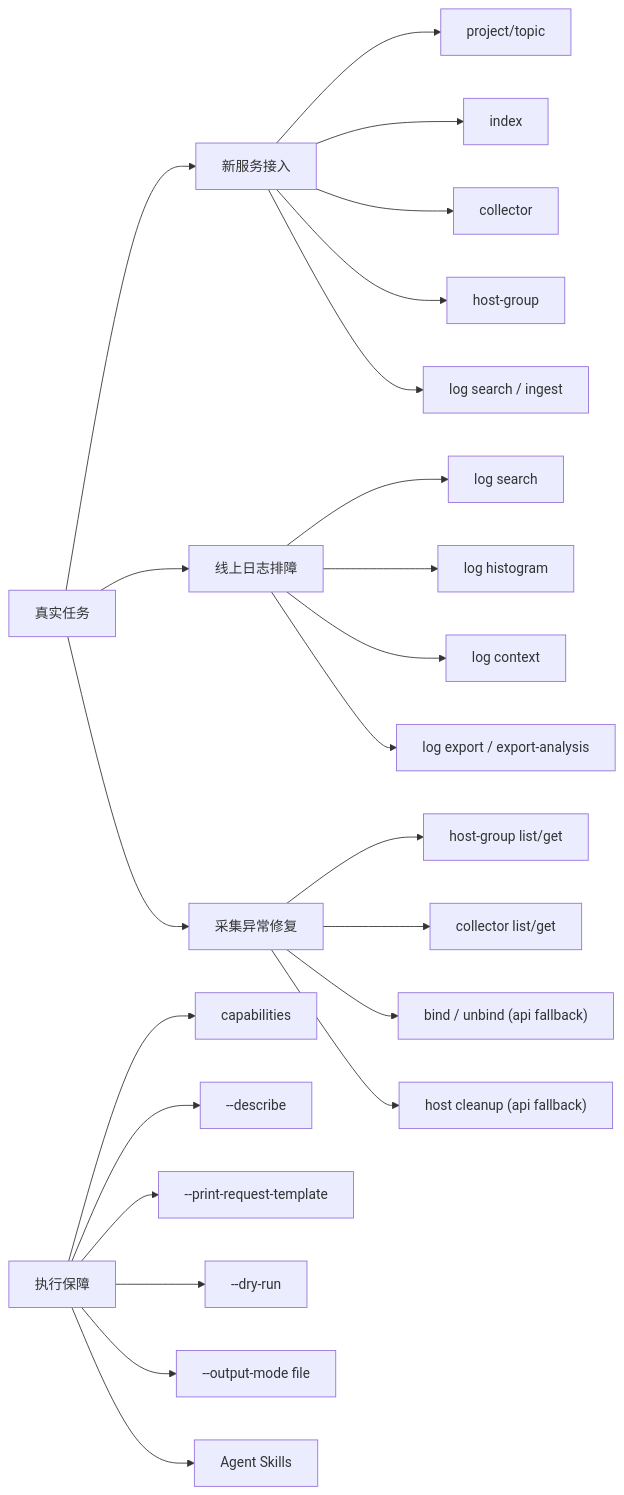
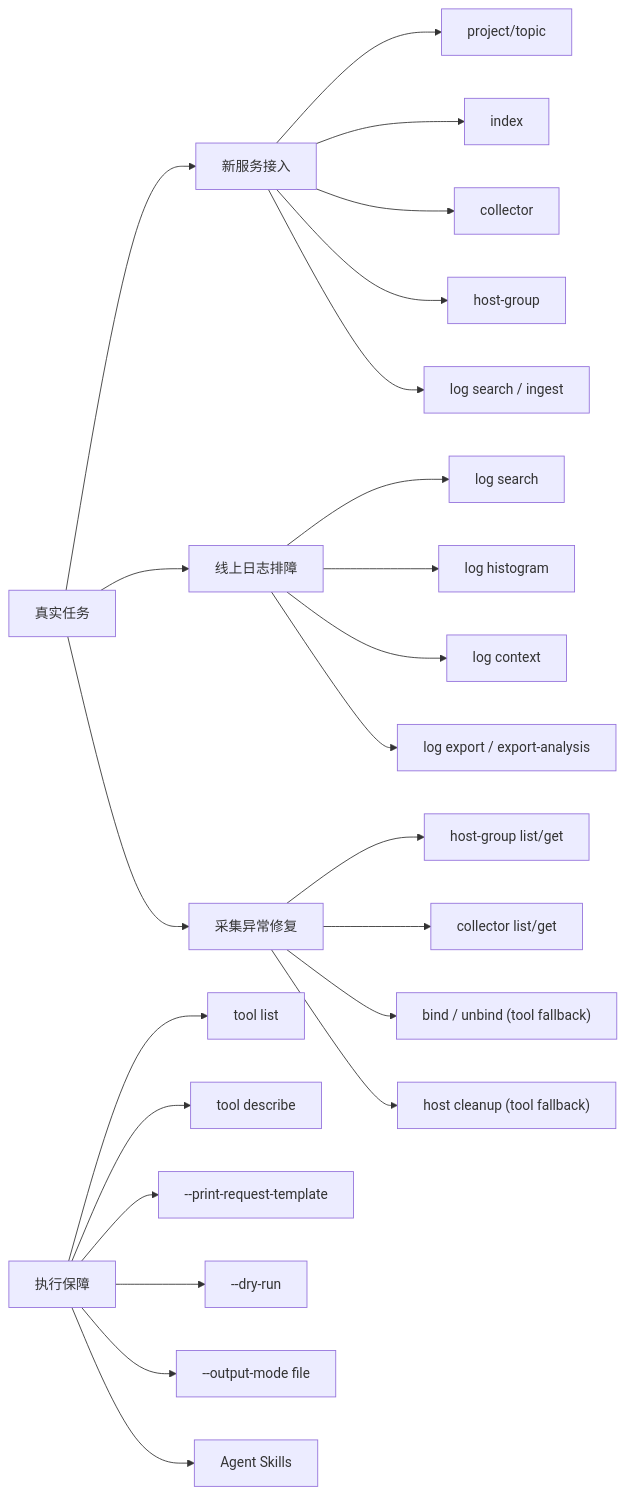
The diagram in docs/cli-practical-guide.md (volcengine-tls/ve-tls-cli), drawn with Mermaid before and after one commit. The commit also changed other lines of this file and 150 other files, not shown here.

````diff
--- a/docs/cli-practical-guide.md
+++ b/docs/cli-practical-guide.md
@@ -41,29 +41,29 @@
 ```mermaid
 flowchart LR
     A["真实任务"] --> B["新服务接入"]
     A --> C["线上日志排障"]
     A --> D["采集异常修复"]
 
     B --> B1["project/topic"]
     B --> B2["index"]
     B --> B3["collector"]
     B --> B4["host-group"]
     B --> B5["log search / ingest"]
 
     C --> C1["log search"]
     C --> C2["log histogram"]
     C --> C3["log context"]
     C --> C4["log export / export-analysis"]
 
     D --> D1["host-group list/get"]
     D --> D2["collector list/get"]
-    D --> D3["bind / unbind (api fallback)"]
-    D --> D4["host cleanup (api fallback)"]
+    D --> D3["bind / unbind (tool fallback)"]
+    D --> D4["host cleanup (tool fallback)"]
 
-    E["执行保障"] --> E1["capabilities"]
-    E --> E2["--describe"]
+    E["执行保障"] --> E1["tool list"]
+    E --> E2["tool describe"]
     E --> E3["--print-request-template"]
     E --> E4["--dry-run"]
     E --> E5["--output-mode file"]
     E --> E6["Agent Skills"]
 ```
````
